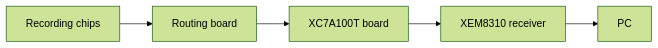
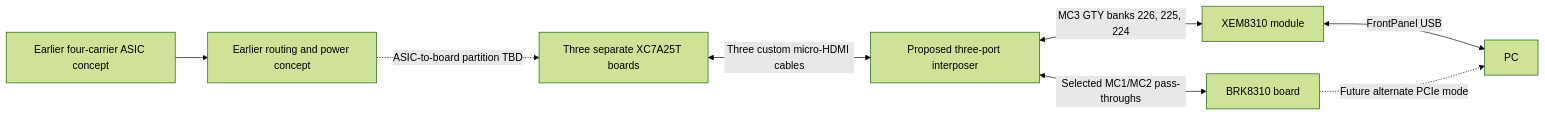
Before and after one commit to HowardWHSrun/FPGA_4K: the diagram in hardware/overview.md, drawn with Mermaid (forest theme). The commit also changed other lines of this file and 56 other files, not shown here.

Commit message:
Add three-port XEM8310 interposer study and 3D receiver view

````diff
--- a/hardware/overview.md
+++ b/hardware/overview.md
@@ -17,7 +17,10 @@
 ```mermaid
 flowchart LR
-    A[Recording chips] --> B[Routing board]
-    B --> C[XC7A100T board]
-    C --> D[XEM8310 receiver]
-    D --> E[PC]
+    A[Earlier four-carrier ASIC concept] --> B[Earlier routing and power concept]
+    B -.->|ASIC-to-board partition TBD| C[Three separate XC7A25T boards]
+    C <-->|Three custom micro-HDMI cables| D[Proposed three-port interposer]
+    D <-->|MC3 GTY banks 226, 225, 224| E[XEM8310 module]
+    E <-->|FrontPanel USB| F[PC]
+    D <-->|Selected MC1/MC2 pass-throughs| G[BRK8310 board]
+    G -.->|Future alternate PCIe mode| F
 ```
````
